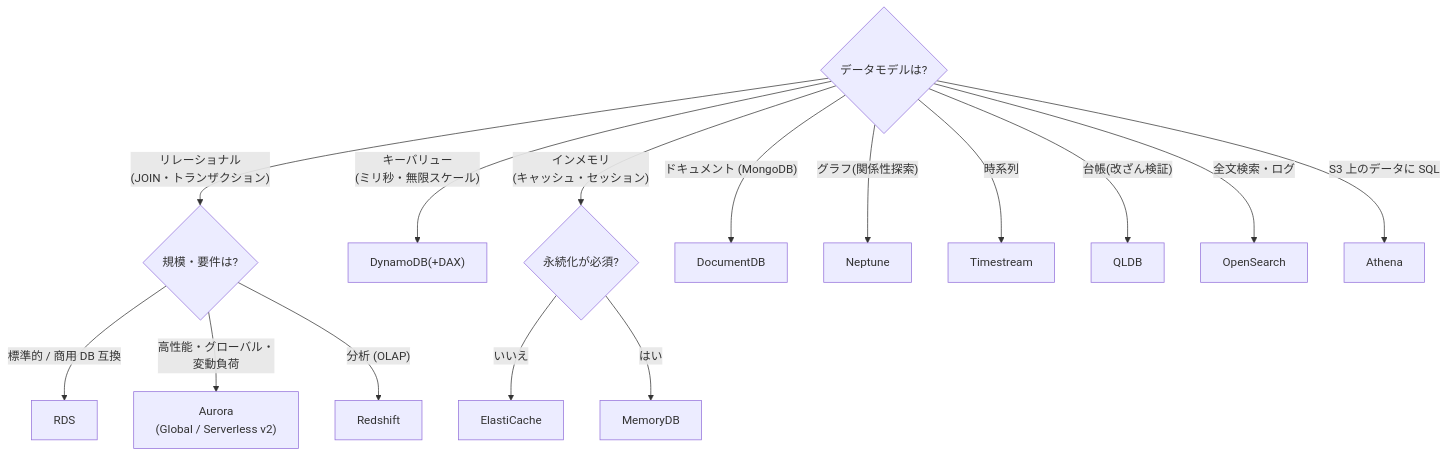
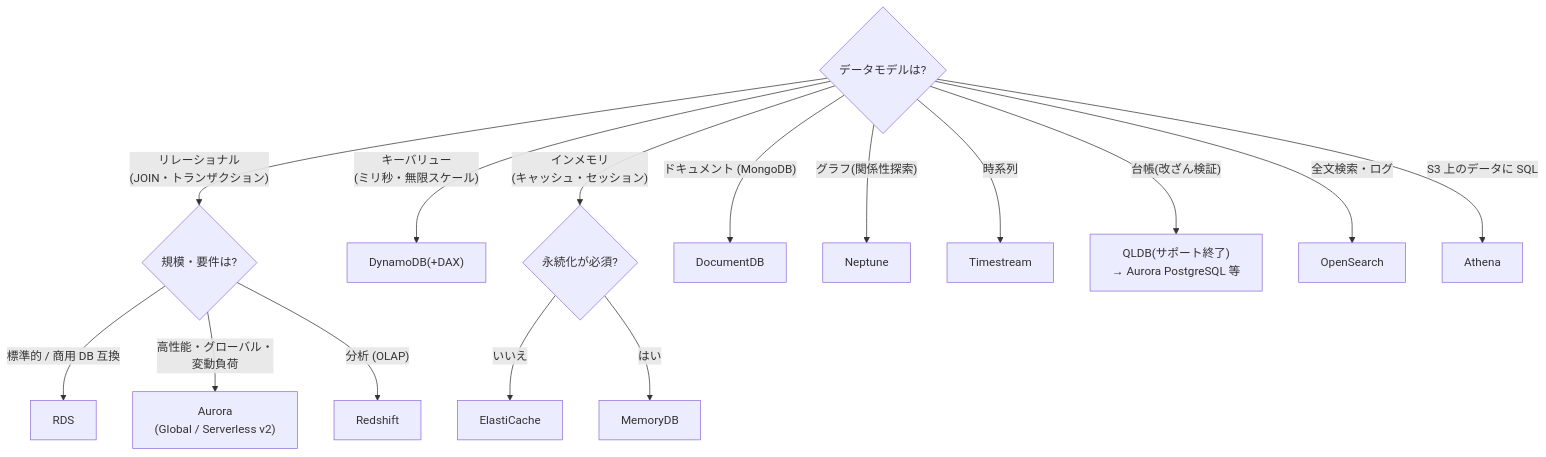
The diagram in 05-cheatsheets/database.md (tono55/aws-sap), drawn with Mermaid before and after one commit. The commit also changed other lines of this file and 28 other files, not shown here.

````diff
--- a/05-cheatsheets/database.md
+++ b/05-cheatsheets/database.md
@@ -64,18 +64,18 @@
 ```mermaid
 flowchart TD
     Q1{"データモデルは?"}
     Q1 -->|"リレーショナル<br>(JOIN・トランザクション)"| Q2{"規模・要件は?"}
     Q2 -->|"標準的 / 商用 DB 互換"| RDS["RDS"]
     Q2 -->|"高性能・グローバル・<br>変動負荷"| AUR["Aurora<br>(Global / Serverless v2)"]
     Q2 -->|"分析 (OLAP)"| RS["Redshift"]
     Q1 -->|"キーバリュー<br>(ミリ秒・無限スケール)"| DDB["DynamoDB(+DAX)"]
     Q1 -->|"インメモリ<br>(キャッシュ・セッション)"| Q3{"永続化が必須?"}
     Q3 -->|いいえ| EC["ElastiCache"]
     Q3 -->|はい| MDB["MemoryDB"]
     Q1 -->|"ドキュメント (MongoDB)"| DOC["DocumentDB"]
     Q1 -->|"グラフ(関係性探索)"| NEP["Neptune"]
     Q1 -->|時系列| TS["Timestream"]
-    Q1 -->|"台帳(改ざん検証)"| QLDB["QLDB"]
+    Q1 -->|"台帳(改ざん検証)"| QLDB["QLDB(サポート終了)<br>→ Aurora PostgreSQL 等"]
     Q1 -->|"全文検索・ログ"| OS["OpenSearch"]
     Q1 -->|"S3 上のデータに SQL"| ATH["Athena"]
 ```
````
